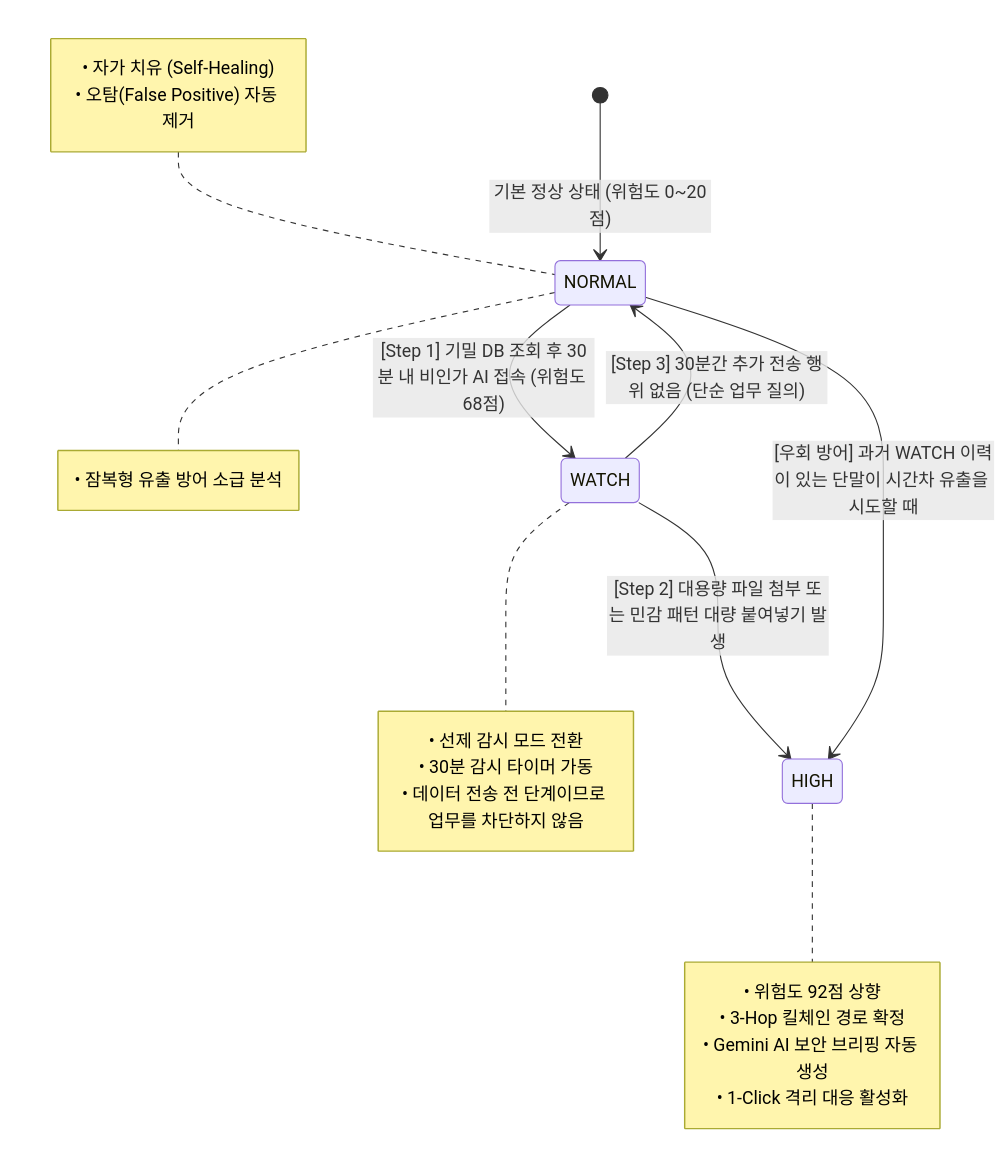
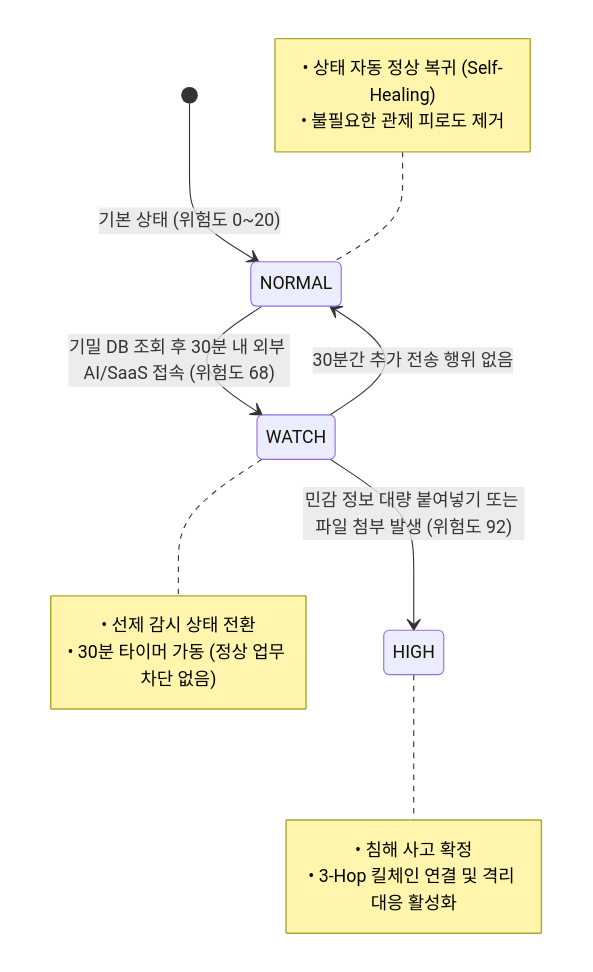
One commit to dldaudlee36/GIGANG changed the first of 2 diagrams in README.md. Above: the diagram before and after it, drawn with Mermaid. The commit also changed other lines of this file, not shown here.

Commit message:
docs: rewrite README to remove promotional AI tone and document dual-blocking architecture

````diff
--- a/README.md
+++ b/README.md
@@ -71,30 +26,22 @@
 ```mermaid
 stateDiagram-v2
-    [*] --> NORMAL: 기본 정상 상태 (위험도 0~20점)
+    [*] --> NORMAL: 기본 상태 (위험도 0~20)
     
-    NORMAL --> WATCH: [Step 1] 기밀 DB 조회 후 30분 내 비인가 AI 접속 (위험도 68점)
+    NORMAL --> WATCH: 기밀 DB 조회 후 30분 내 외부 AI/SaaS 접속 (위험도 68)
     note right of WATCH
-        • 선제 감시 모드 전환
-        • 30분 감시 타이머 가동
-        • 데이터 전송 전 단계이므로 업무를 차단하지 않음
+        • 선제 감시 상태 전환
+        • 30분 타이머 가동 (정상 업무 차단 없음)
     end note
 
-    WATCH --> HIGH: [Step 2] 대용량 파일 첨부 또는 민감 패턴 대량 붙여넣기 발생
+    WATCH --> HIGH: 민감 정보 대량 붙여넣기 또는 파일 첨부 발생 (위험도 92)
     note right of HIGH
-        • 위험도 92점 상향
-        • 3-Hop 킬체인 경로 확정
-        • Gemini AI 보안 브리핑 자동 생성
-        • 1-Click 격리 대응 활성화
+        • 침해 사고 확정
+        • 3-Hop 킬체인 연결 및 격리 대응 활성화
     end note
 
-    WATCH --> NORMAL: [Step 3] 30분간 추가 전송 행위 없음 (단순 업무 질의)
+    WATCH --> NORMAL: 30분간 추가 전송 행위 없음
     note left of NORMAL
-        • 자가 치유 (Self-Healing)
-        • 오탐(False Positive) 자동 제거
-    end note
-
-    NORMAL --> HIGH: [우회 방어] 과거 WATCH 이력이 있는 단말이 시간차 유출을 시도할 때
-    note right of NORMAL
-        • 잠복형 유출 방어 소급 분석
+        • 상태 자동 정상 복귀 (Self-Healing)
+        • 불필요한 관제 피로도 제거
     end note
 ```
````
